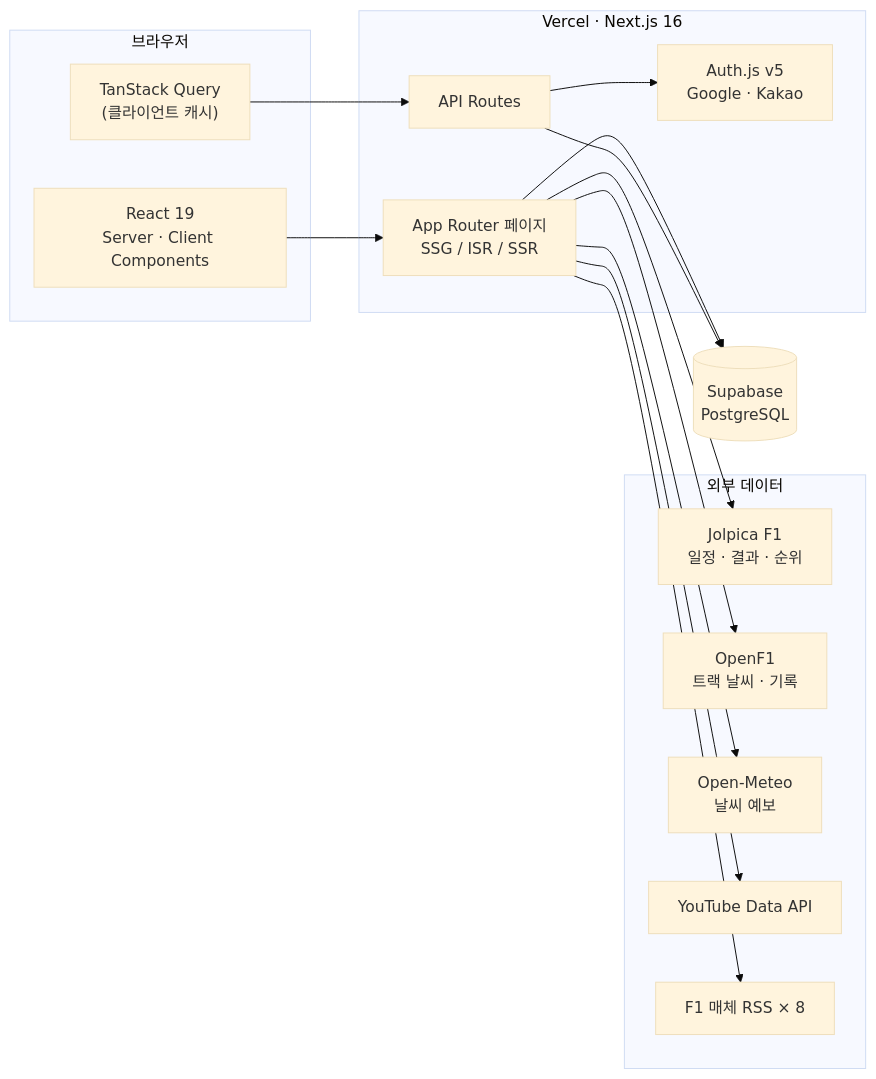
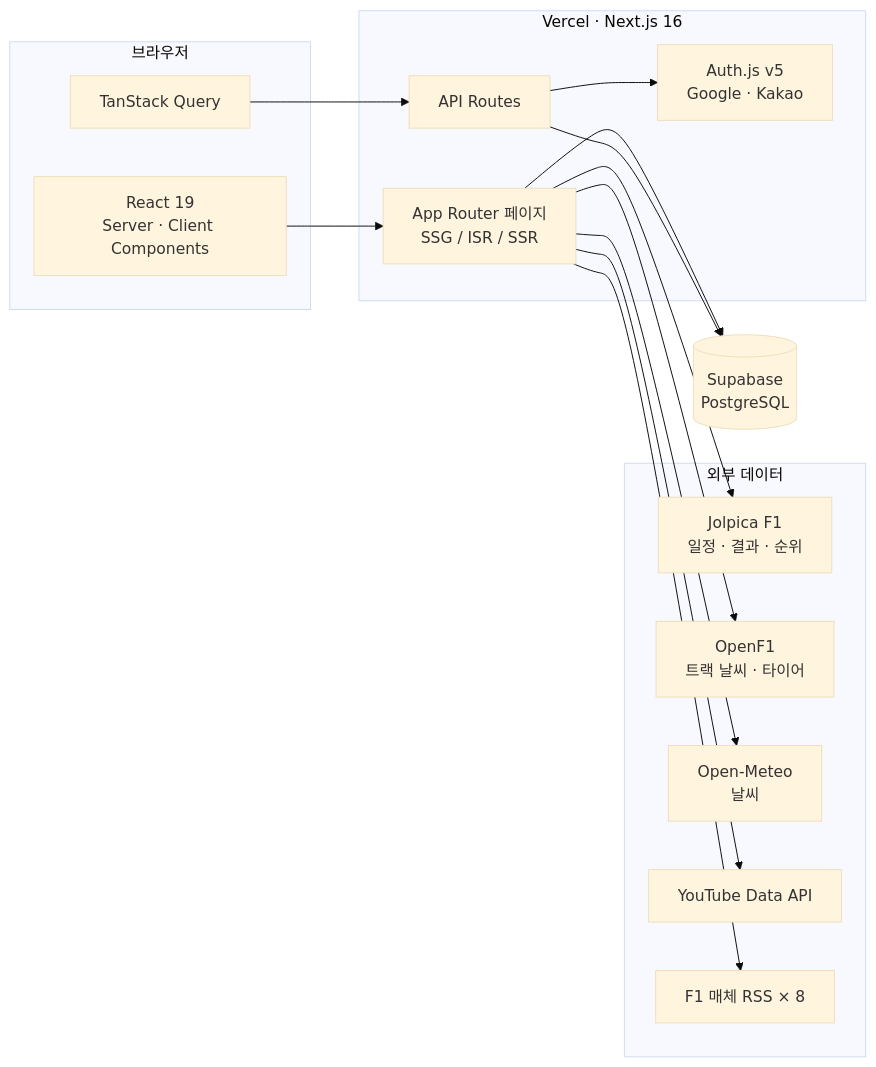
Before and after one commit to JANG-3584765/whatisf1: the diagram in README.md, drawn with Mermaid (base theme). The commit also changed other lines of this file, not shown here.

````diff
--- a/README.md
+++ b/README.md
@@ -71,30 +41,30 @@
 ```mermaid
 flowchart LR
     subgraph Client["브라우저"]
         UI["React 19<br/>Server · Client Components"]
-        RQ["TanStack Query<br/>(클라이언트 캐시)"]
+        RQ["TanStack Query"]
     end
 
     subgraph Vercel["Vercel · Next.js 16"]
         Pages["App Router 페이지<br/>SSG / ISR / SSR"]
         API["API Routes"]
         Auth["Auth.js v5<br/>Google · Kakao"]
     end
 
     subgraph External["외부 데이터"]
         Jolpica["Jolpica F1<br/>일정 · 결과 · 순위"]
-        OpenF1["OpenF1<br/>트랙 날씨 · 기록"]
-        Meteo["Open-Meteo<br/>날씨 예보"]
+        OpenF1["OpenF1<br/>트랙 날씨 · 타이어"]
+        Meteo["Open-Meteo<br/>날씨"]
         YT["YouTube Data API"]
         RSS["F1 매체 RSS × 8"]
     end
 
     DB[("Supabase<br/>PostgreSQL")]
 
     UI --> Pages
     RQ --> API
     Pages --> Jolpica & OpenF1 & Meteo & YT & RSS
     Pages --> DB
     API --> DB
     API --> Auth
 ```
````
